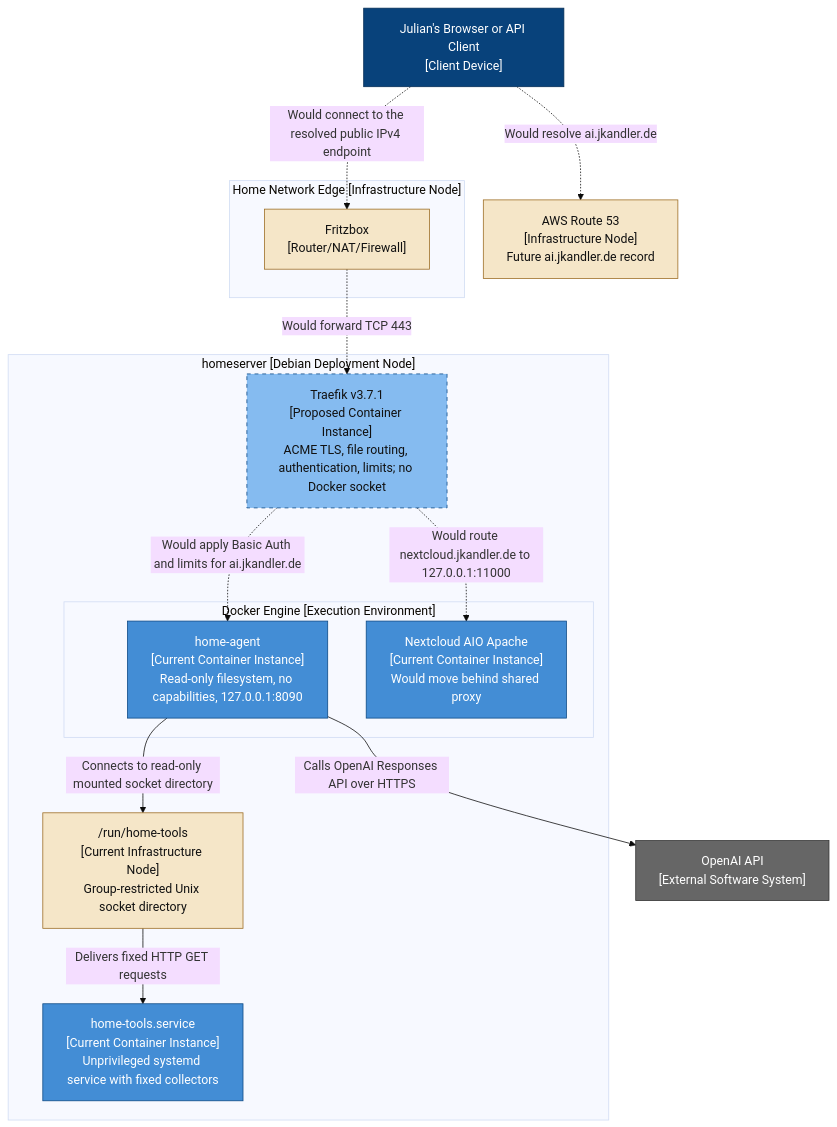
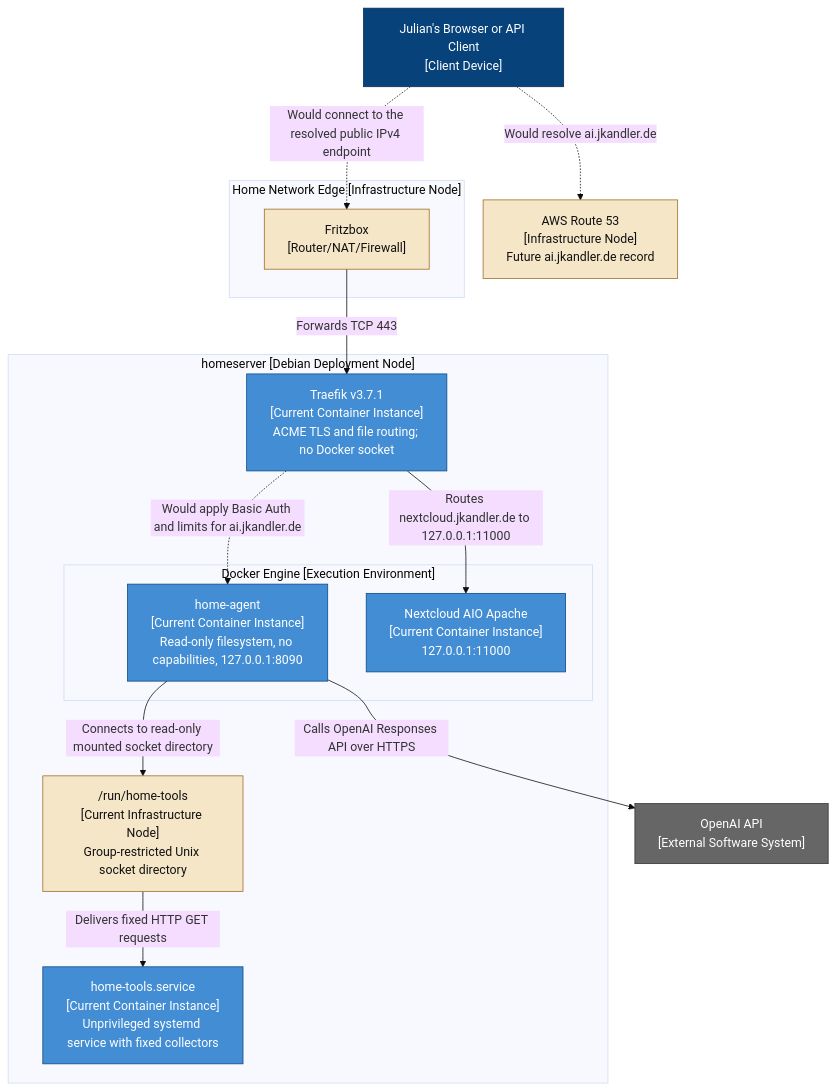
The diagram in docs/architecture/proposed/deployment.md (KandlerLi/home-infra-docs), drawn with Mermaid (base theme) before and after one commit. The commit also changed other lines of this file and 16 other files, not shown here.

````diff
--- a/docs/architecture/proposed/deployment.md
+++ b/docs/architecture/proposed/deployment.md
@@ -7,42 +7,41 @@
 ```mermaid
 flowchart TB
     user["Julian's Browser or API Client<br/>[Client Device]"]
     route53["AWS Route 53<br/>[Infrastructure Node]<br/>Future ai.jkandler.de record"]
     cloud["OpenAI API<br/>[External Software System]"]
 
     subgraph edge["Home Network Edge [Infrastructure Node]"]
         fritzbox["Fritzbox<br/>[Router/NAT/Firewall]"]
     end
 
     subgraph host["homeserver [Debian Deployment Node]"]
-        proxy["Traefik v3.7.1<br/>[Proposed Container Instance]<br/>ACME TLS, file routing, authentication, limits; no Docker socket"]
+        proxy["Traefik v3.7.1<br/>[Current Container Instance]<br/>ACME TLS and file routing; no Docker socket"]
         tools["home-tools.service<br/>[Current Container Instance]<br/>Unprivileged systemd service with fixed collectors"]
         socket["/run/home-tools<br/>[Current Infrastructure Node]<br/>Group-restricted Unix socket directory"]
 
         subgraph docker["Docker Engine [Execution Environment]"]
             agent["home-agent<br/>[Current Container Instance]<br/>Read-only filesystem, no capabilities, 127.0.0.1:8090"]
-            nextcloud["Nextcloud AIO Apache<br/>[Current Container Instance]<br/>Would move behind shared proxy"]
+            nextcloud["Nextcloud AIO Apache<br/>[Current Container Instance]<br/>127.0.0.1:11000"]
         end
     end
 
     user -.->|"Would resolve ai.jkandler.de"| route53
     user -.->|"Would connect to the resolved public IPv4 endpoint"| fritzbox
-    fritzbox -.->|"Would forward TCP 443"| proxy
+    fritzbox -->|"Forwards TCP 443"| proxy
     proxy -.->|"Would apply Basic Auth and limits for ai.jkandler.de"| agent
-    proxy -.->|"Would route nextcloud.jkandler.de to 127.0.0.1:11000"| nextcloud
+    proxy -->|"Routes nextcloud.jkandler.de to 127.0.0.1:11000"| nextcloud
     agent -->|"Calls OpenAI Responses API over HTTPS"| cloud
     agent -->|"Connects to read-only mounted socket directory"| socket
     socket -->|"Delivers fixed HTTP GET requests"| tools
 
     classDef client fill:#08427b,color:#fff,stroke:#052e56
     classDef external fill:#666,color:#fff,stroke:#333
     classDef node fill:#f5e6c8,color:#111,stroke:#9b6b21
     classDef proposed fill:#85bbf0,color:#111,stroke:#0b4884,stroke-dasharray:5 5
     classDef current fill:#438dd5,color:#fff,stroke:#0b4884
     class user client
     class cloud external
     class route53,fritzbox node
-    class proxy proposed
     class socket node
-    class tools,agent,nextcloud current
+    class proxy,tools,agent,nextcloud current
 ```
````
